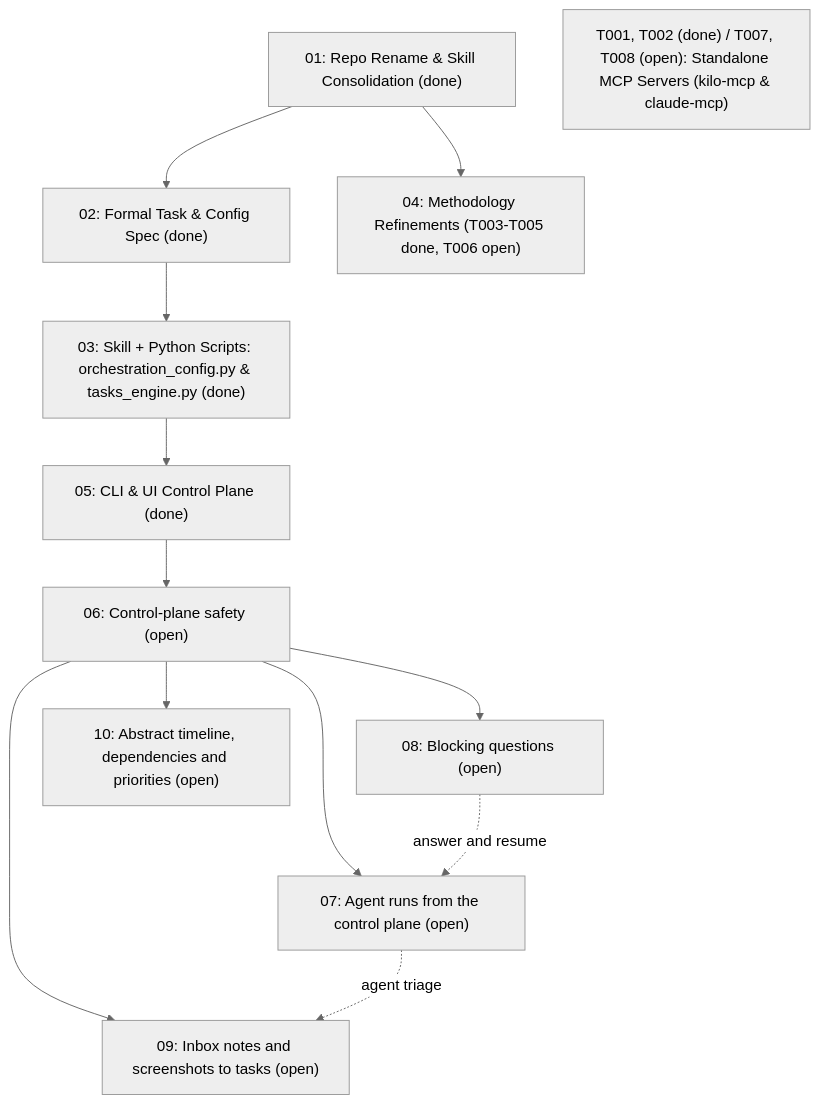
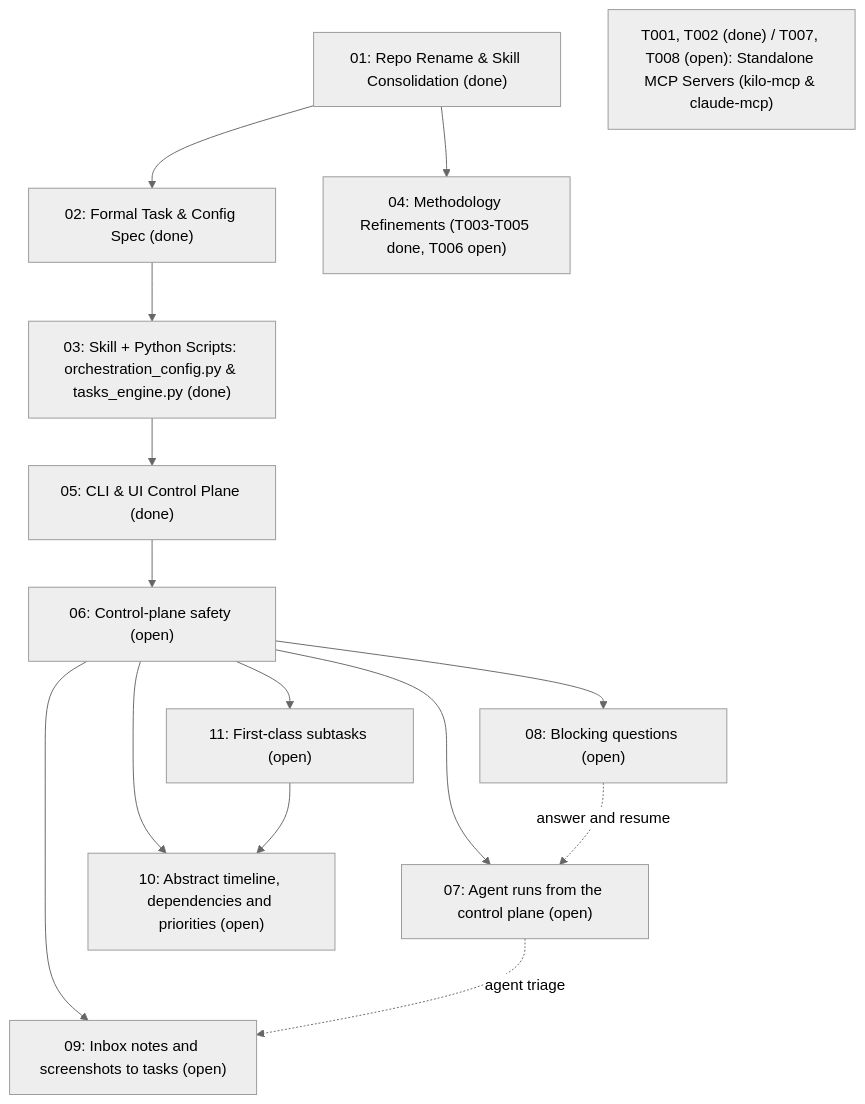
Before and after one commit to primax79/ai-orchestration: the diagram in tasks/00-INDEX.md, drawn with Mermaid (neutral theme). The commit also changed other lines of this file and 4 other files, not shown here.

First line of the commit message:
docs(tasks): initiative 11, first-class subtasks (NN.T and T###.N) restoring the original task model; 10.1 builds on it

````diff
--- a/tasks/00-INDEX.md
+++ b/tasks/00-INDEX.md
@@ -91,23 +93,26 @@
 ```mermaid
 flowchart TB
     I01["01: Repo Rename & Skill Consolidation (done)"]
     I02["02: Formal Task & Config Spec (done)"]
     I03["03: Skill + Python Scripts: orchestration_config.py & tasks_engine.py (done)"]
     I04["04: Methodology Refinements (T003-T005 done, T006 open)"]
     I05["05: CLI & UI Control Plane (done)"]
     I06["06: Control-plane safety (open)"]
     I07["07: Agent runs from the control plane (open)"]
     I08["08: Blocking questions (open)"]
     I09["09: Inbox notes and screenshots to tasks (open)"]
     I10["10: Abstract timeline, dependencies and priorities (open)"]
+    I11["11: First-class subtasks (open)"]
     MCP["T001, T002 (done) / T007, T008 (open): Standalone MCP Servers (kilo-mcp & claude-mcp)"]
 
     I01 --> I02 --> I03 --> I05 --> I06
     I06 --> I07
     I06 --> I08
     I06 --> I09
     I06 --> I10
+    I06 --> I11
+    I11 --> I10
     I07 -.->|agent triage| I09
     I08 -.->|answer and resume| I07
     I01 --> I04
 ```
````
